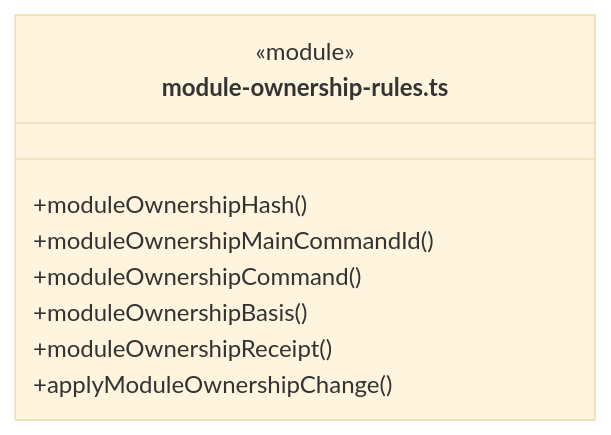
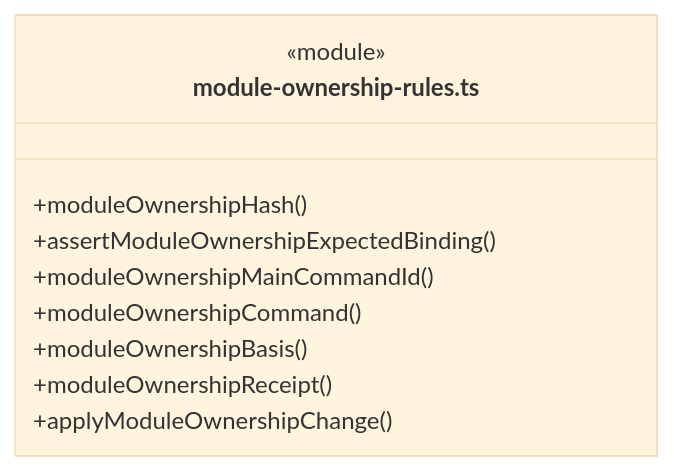
One commit to nan023062/cbim changed diagram 19 of 38 in src/backend/core/workspace/ARCHITECTURE.md. Above: the diagram before and after it, drawn with Mermaid (base theme). The commit also changed other lines of this file and 15 other files, not shown here.

````diff
--- a/src/backend/core/workspace/ARCHITECTURE.md
+++ b/src/backend/core/workspace/ARCHITECTURE.md
@@ -414,12 +414,13 @@
 ```mermaid
 classDiagram
 class N_src_backend_core_workspace_module_ownership_rules_ts["module-ownership-rules.ts"] {
   <<module>>
   +moduleOwnershipHash()
+  +assertModuleOwnershipExpectedBinding()
   +moduleOwnershipMainCommandId()
   +moduleOwnershipCommand()
   +moduleOwnershipBasis()
   +moduleOwnershipReceipt()
   +applyModuleOwnershipChange()
 }
 ```
````
